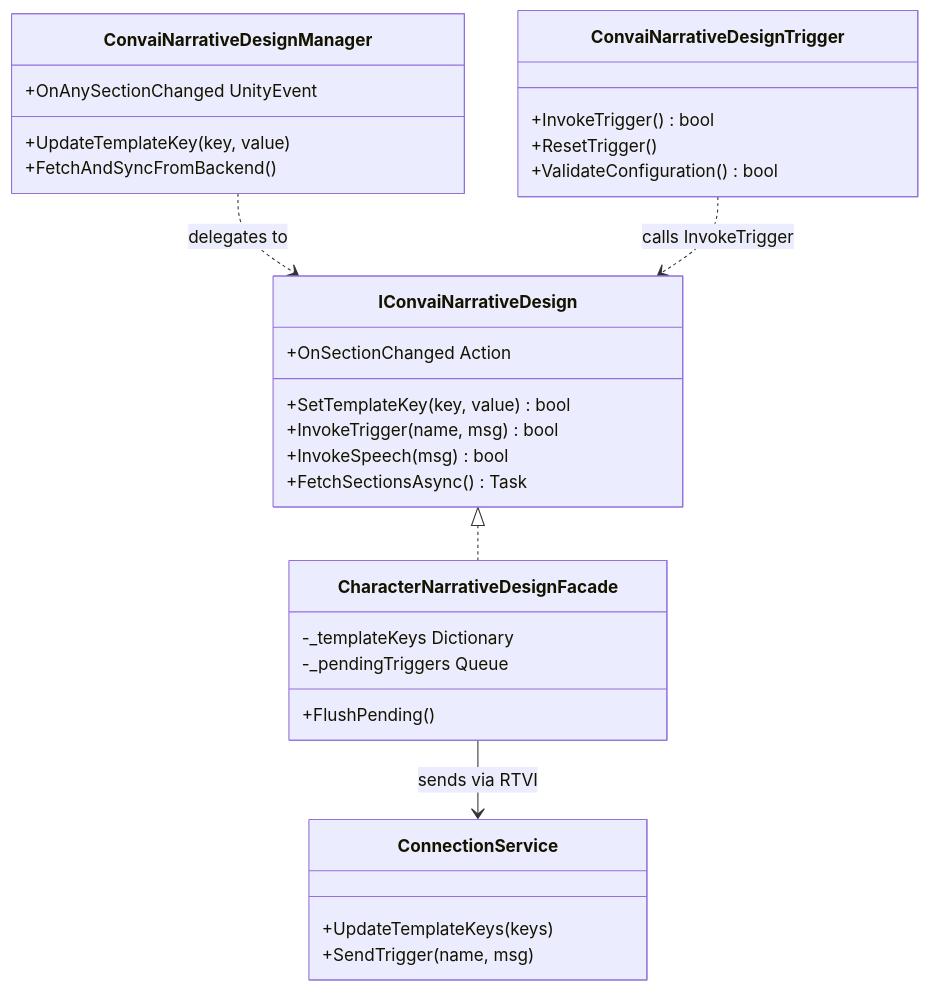
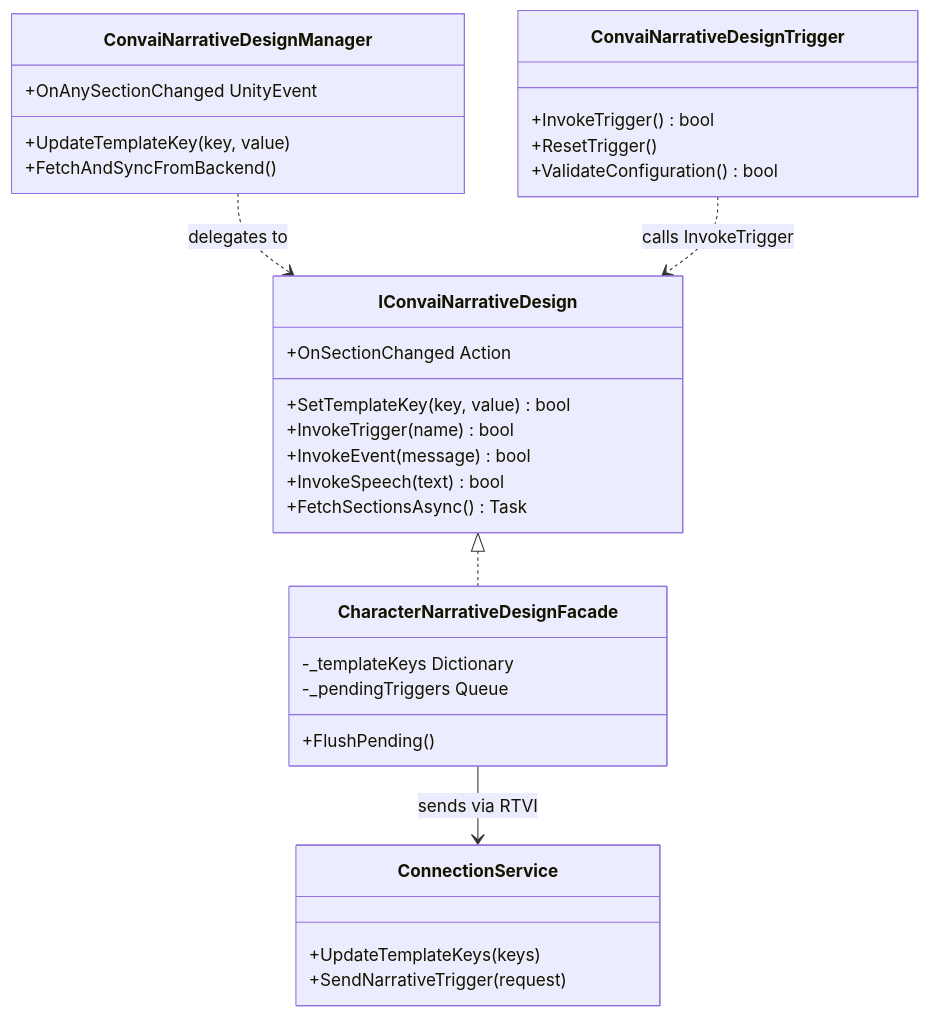
Before and after one commit to Conv-AI/Convai-Documentation: the diagram in plugins-and-integrations/convai-unity-sdk/features/narrative-design/scripting-narrative-design.md, drawn with Mermaid. The commit also changed other lines of this file and 10 other files, not shown here.

Commit message:
docs(narrative): document trigger modes

````diff
--- a/plugins-and-integrations/convai-unity-sdk/features/narrative-design/scripting-narrative-design.md
+++ b/plugins-and-integrations/convai-unity-sdk/features/narrative-design/scripting-narrative-design.md
@@ -247,34 +246,35 @@
 ```mermaid
 classDiagram
     class ConvaiNarrativeDesignManager {
         +UpdateTemplateKey(key, value)
         +FetchAndSyncFromBackend()
         +OnAnySectionChanged UnityEvent
     }
     class ConvaiNarrativeDesignTrigger {
         +InvokeTrigger() bool
         +ResetTrigger()
         +ValidateConfiguration() bool
     }
     class IConvaiNarrativeDesign {
         +SetTemplateKey(key, value) bool
-        +InvokeTrigger(name, msg) bool
-        +InvokeSpeech(msg) bool
+        +InvokeTrigger(name) bool
+        +InvokeEvent(message) bool
+        +InvokeSpeech(text) bool
         +FetchSectionsAsync() Task
         +OnSectionChanged Action
     }
     class CharacterNarrativeDesignFacade {
         -_templateKeys Dictionary
         -_pendingTriggers Queue
         +FlushPending()
     }
     class ConnectionService {
         +UpdateTemplateKeys(keys)
-        +SendTrigger(name, msg)
+        +SendNarrativeTrigger(request)
     }
 
     ConvaiNarrativeDesignManager ..> IConvaiNarrativeDesign : delegates to
     ConvaiNarrativeDesignTrigger ..> IConvaiNarrativeDesign : calls InvokeTrigger
     IConvaiNarrativeDesign <|.. CharacterNarrativeDesignFacade
     CharacterNarrativeDesignFacade --> ConnectionService : sends via RTVI
 ```
````
